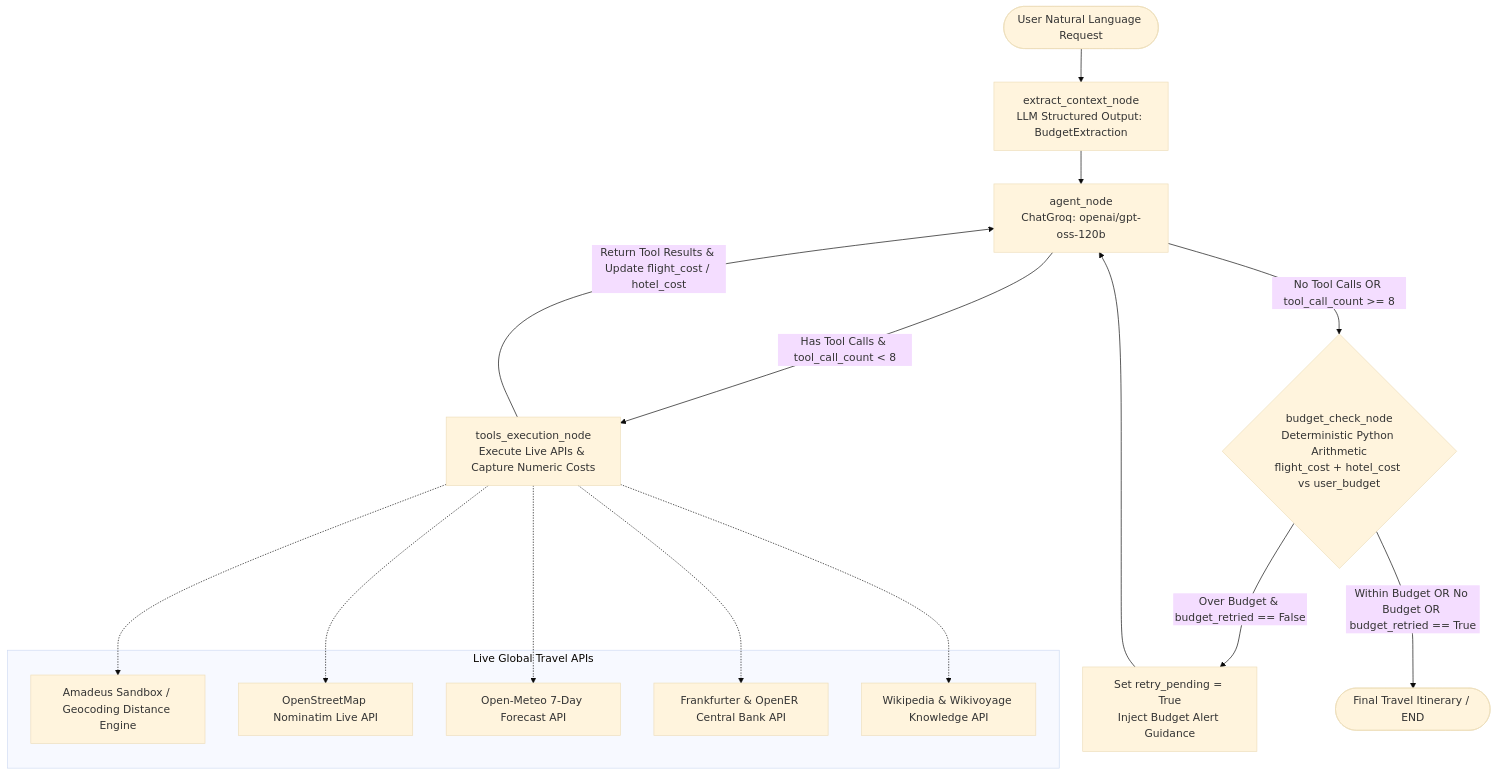
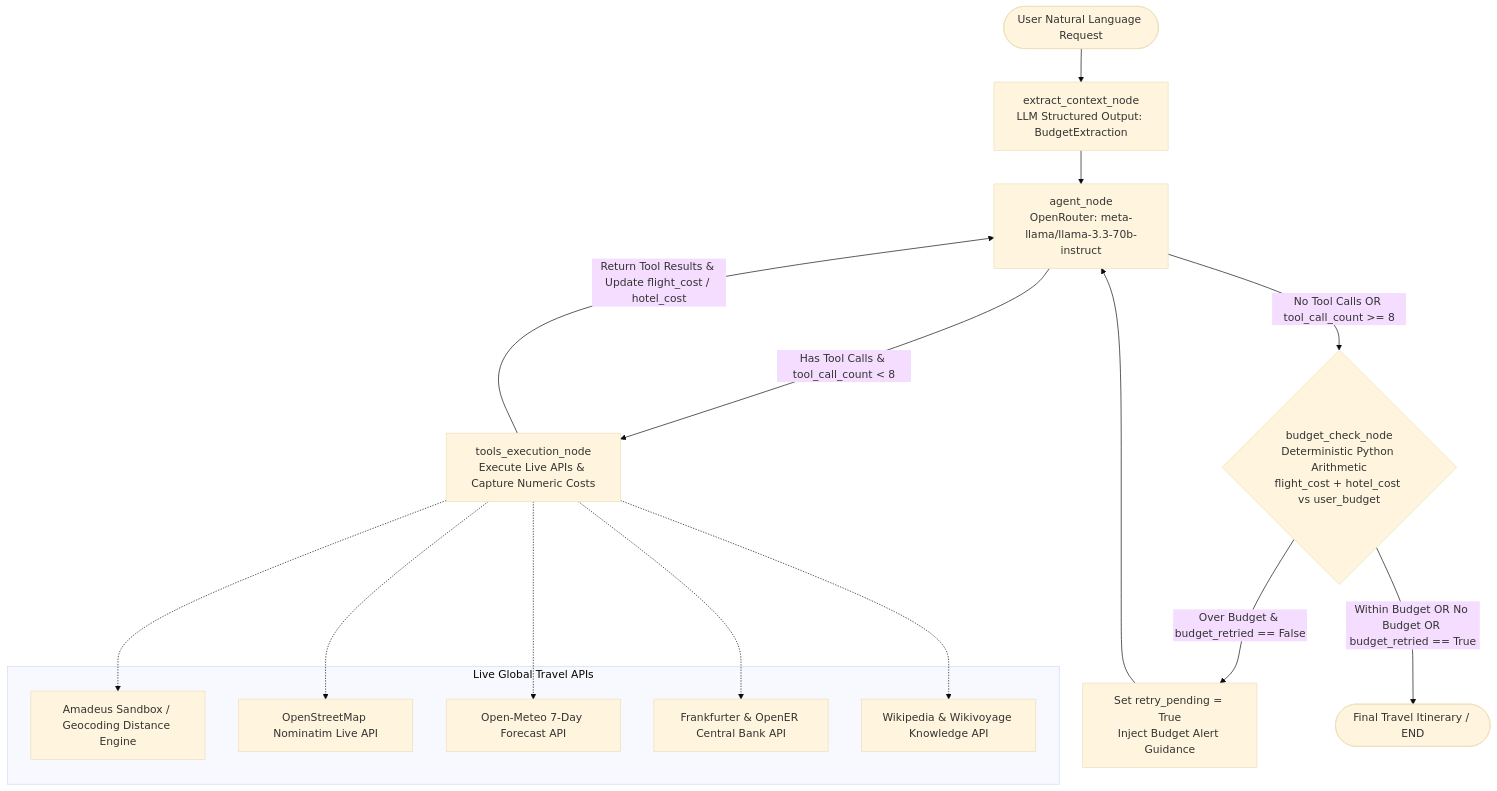
The diagram in README.md (Arvind007m/travel-planner-agent), drawn with Mermaid (base theme) before and after one commit. The commit also changed other lines of this file and 4 other files, not shown here.

Commit message:
Switch primary LLM to OpenRouter API (meta-llama/llama-3.3-70b-instruct)

````diff
--- a/README.md
+++ b/README.md
@@ -14,31 +14,31 @@
 ```mermaid
 flowchart TD
     User([User Natural Language Request]) --> Extract[extract_context_node<br/>LLM Structured Output: BudgetExtraction]
     
-    Extract --> Agent[agent_node<br/>ChatGroq: openai/gpt-oss-120b]
+    Extract --> Agent[agent_node<br/>OpenRouter: meta-llama/llama-3.3-70b-instruct]
     
     Agent -->|Has Tool Calls & tool_call_count < 8| Tools[tools_execution_node<br/>Execute Live APIs & Capture Numeric Costs]
     
     Tools -->|Return Tool Results & Update flight_cost / hotel_cost| Agent
     
     Agent -->|No Tool Calls OR tool_call_count >= 8| BudgetCheck{budget_check_node<br/>Deterministic Python Arithmetic<br/>flight_cost + hotel_cost vs user_budget}
     
     BudgetCheck -->|Over Budget & budget_retried == False| SetRetry[Set retry_pending = True<br/>Inject Budget Alert Guidance]
     SetRetry --> Agent
     
     BudgetCheck -->|Within Budget OR No Budget OR budget_retried == True| Finalize([Final Travel Itinerary / END])
     
     subgraph Live_APIs [Live Global Travel APIs]
         FlightAPI[Amadeus Sandbox / Geocoding Distance Engine]
         HotelAPI[OpenStreetMap Nominatim Live API]
         WeatherAPI[Open-Meteo 7-Day Forecast API]
         CurrAPI[Frankfurter & OpenER Central Bank API]
         EventAPI[Wikipedia & Wikivoyage Knowledge API]
     end
     
     Tools -.-> FlightAPI
     Tools -.-> HotelAPI
     Tools -.-> WeatherAPI
     Tools -.-> CurrAPI
     Tools -.-> EventAPI
 ```
````
